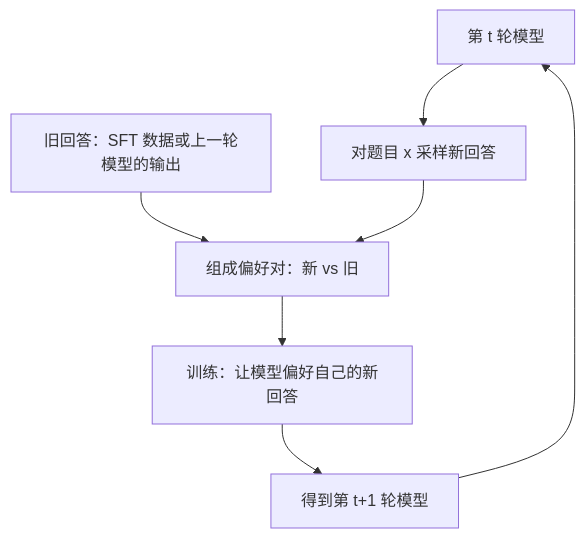
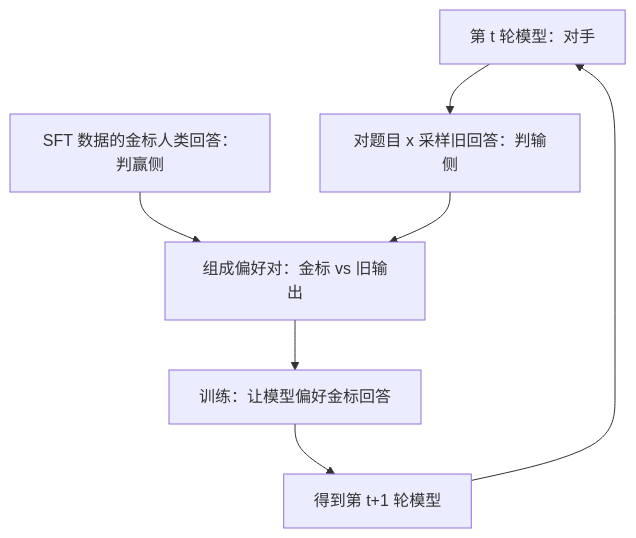
Before and after one commit to xhongduo-tech/xhongduo-tech.github.io: the second of 2 diagrams in docs/llm/self-play-lm.md, drawn with Mermaid. The commit also changed other lines of this file and 2 other files, not shown here.

Commit message:
Content review llm-034: split merged fence in aha-moment, fix overthinking fullwidth br and typo.

````diff
--- a/docs/llm/self-play-lm.md
+++ b/docs/llm/self-play-lm.md
@@ -54,9 +54,9 @@
 ```mermaid
 flowchart TD
-  T["第 t 轮模型"] --> GEN["对题目 x 采样新回答"]
-  OLD["旧回答：SFT 数据或上一轮模型的输出"] --> PAIR["组成偏好对：新 vs 旧"]
+  T["第 t 轮模型：对手"] --> GEN["对题目 x 采样旧回答：判输侧"]
+  GOLD["SFT 数据的金标人类回答：判赢侧"] --> PAIR["组成偏好对：金标 vs 旧输出"]
   GEN --> PAIR
-  PAIR --> TRAIN["训练：让模型偏好自己的新回答"]
+  PAIR --> TRAIN["训练：让模型偏好金标回答"]
   TRAIN --> NEXT["得到第 t+1 轮模型"]
   NEXT --> T
 ```
````
